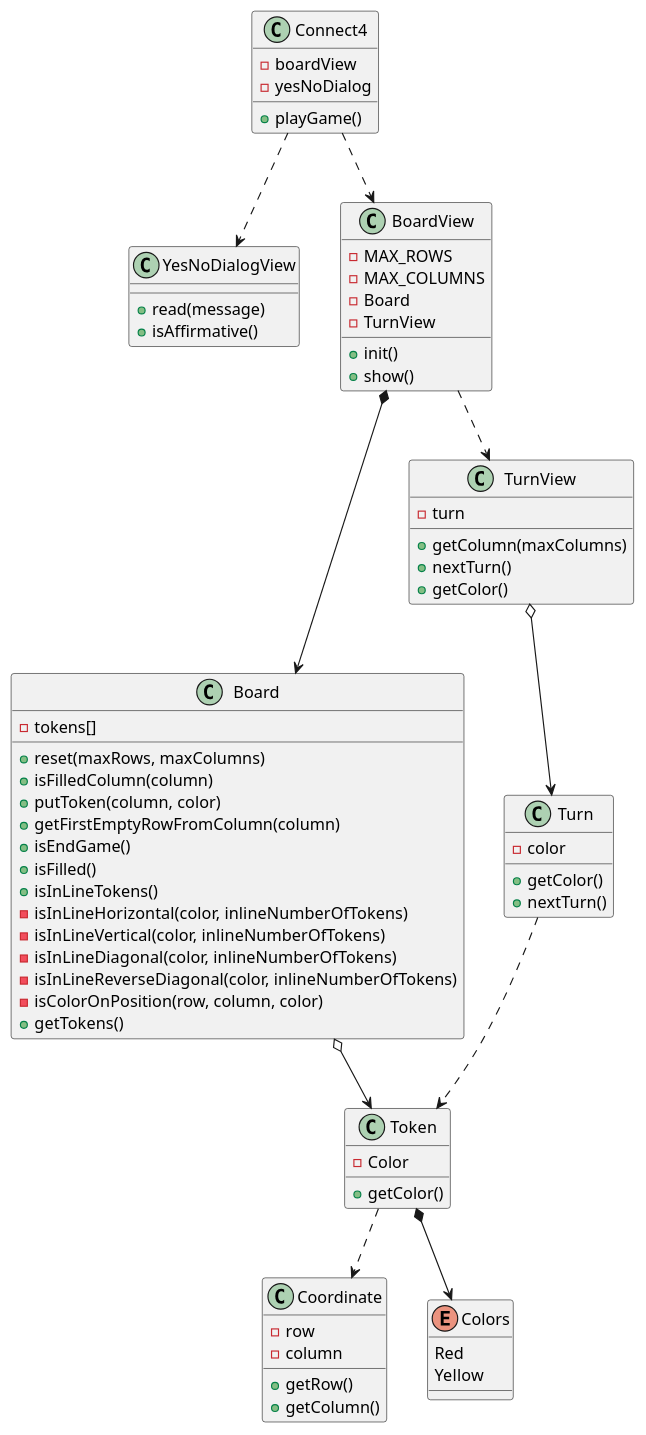
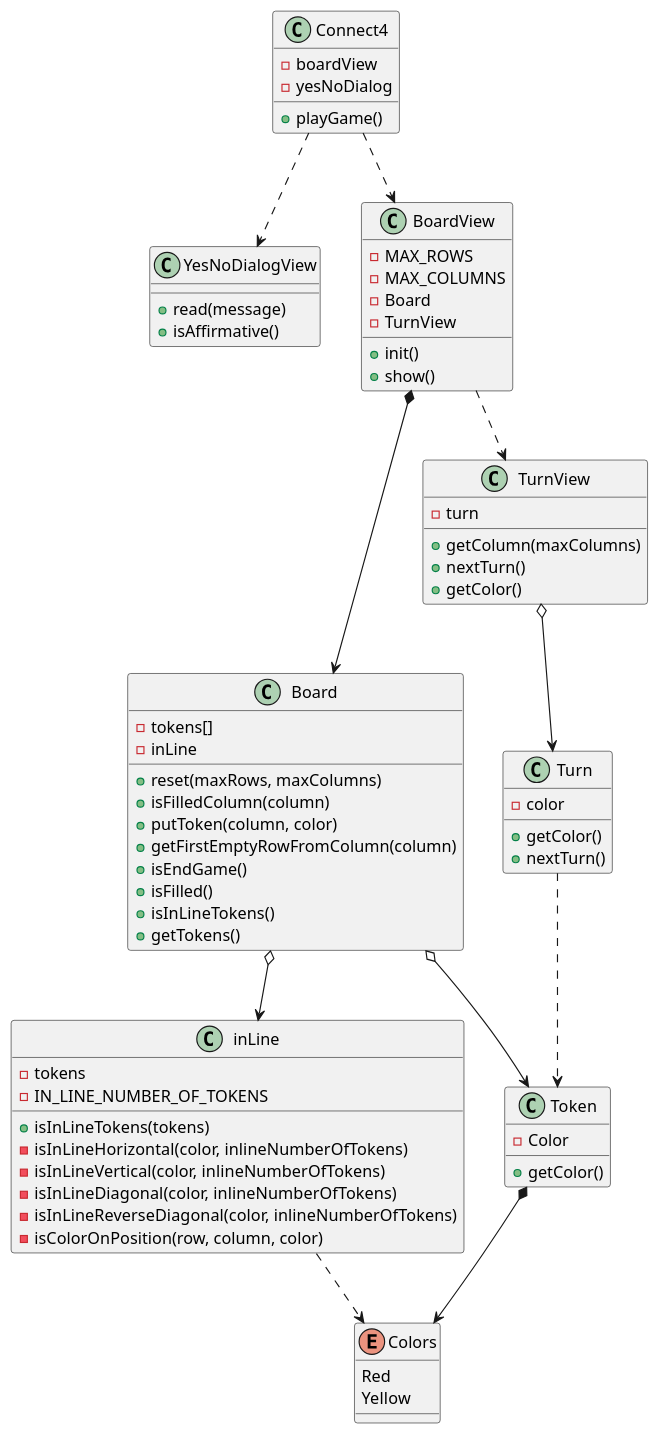
Before and after one commit to jumpering/connect4: the diagram in UML/softwareModel.puml, drawn with PlantUML. The commit also changed 2 other files, not shown here.

Commit message:
refactor separate inLine class from Board and UML

```diff
--- a/UML/softwareModel.puml
+++ b/UML/softwareModel.puml
@@ -1,78 +1,81 @@
 @startuml
 
 class Connect4{
     - boardView
     - yesNoDialog
     + playGame()
 }
 class YesNoDialogView{
     + read(message)
     + isAffirmative()
 }
 class Board{
     - tokens[]
+    - inLine
     + reset(maxRows, maxColumns)
     + isFilledColumn(column)
     + putToken(column, color)
     + getFirstEmptyRowFromColumn(column)
     + isEndGame()
     + isFilled()
     + isInLineTokens()
-    - isInLineHorizontal(color, inlineNumberOfTokens)
-    - isInLineVertical(color, inlineNumberOfTokens)
-    - isInLineDiagonal(color, inlineNumberOfTokens)
-    - isInLineReverseDiagonal(color, inlineNumberOfTokens)
-    - isColorOnPosition(row, column, color)
     + getTokens()
 }
 class BoardView{
     - MAX_ROWS
     - MAX_COLUMNS
     - Board
     - TurnView
     + init()
     + show()
 }
-class Coordinate{
-    - row
-    - column
-    + getRow()
-    + getColumn()
+class inLine{
+    - tokens
+    - IN_LINE_NUMBER_OF_TOKENS
+    + isInLineTokens(tokens)
+    - isInLineHorizontal(color, inlineNumberOfTokens)
+    - isInLineVertical(color, inlineNumberOfTokens)
+    - isInLineDiagonal(color, inlineNumberOfTokens)
+    - isInLineReverseDiagonal(color, inlineNumberOfTokens)
+    - isColorOnPosition(row, column, color)
 }
+
 class Token{
     - Color
     + getColor()
 }
 class TurnView{
     - turn
     + getColumn(maxColumns)
     + nextTurn()
     + getColor()
 }
 
 class Turn{
     - color
     + getColor()
     + nextTurn()
 }
 
 enum Colors{
 Red
 Yellow
 }
 
 Connect4 ..> BoardView
 Connect4 ..> YesNoDialogView
 
 BoardView *--> Board
 BoardView ..> TurnView
 TurnView o--> Turn
 
 Board o--> Token
+Board o--> inLine
+
+inLine ..> Colors
 
 Turn ..> Token
 
 
 Token *--> Colors
-Token ..> Coordinate
 @enduml
```
